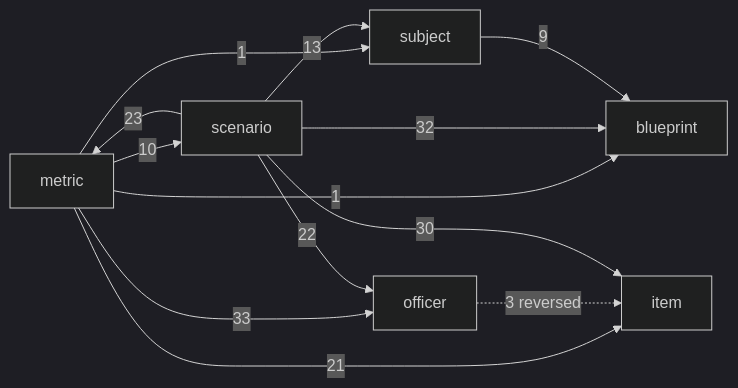
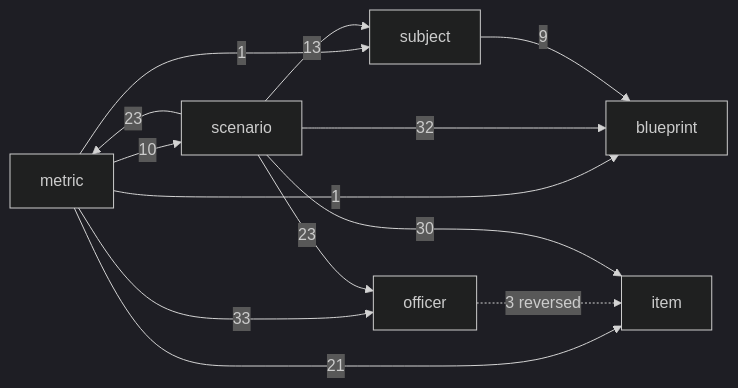
Before and after one commit to geraldmaron/tactically-idle: the diagram in docs/architecture.md, drawn with Mermaid (dark theme). The commit also changed other lines of this file and 10 other files, not shown here.

````diff
--- a/docs/architecture.md
+++ b/docs/architecture.md
@@ -40,15 +40,15 @@
 ```mermaid
 flowchart LR
   metric -->|1| blueprint
   metric -->|21| item
   metric -->|33| officer
   metric -->|10| scenario
   metric -->|1| subject
   officer -.->|3 reversed| item
   scenario -->|32| blueprint
   scenario -->|30| item
   scenario -->|23| metric
-  scenario -->|22| officer
+  scenario -->|23| officer
   scenario -->|13| subject
   subject -->|9| blueprint
 ```
````
